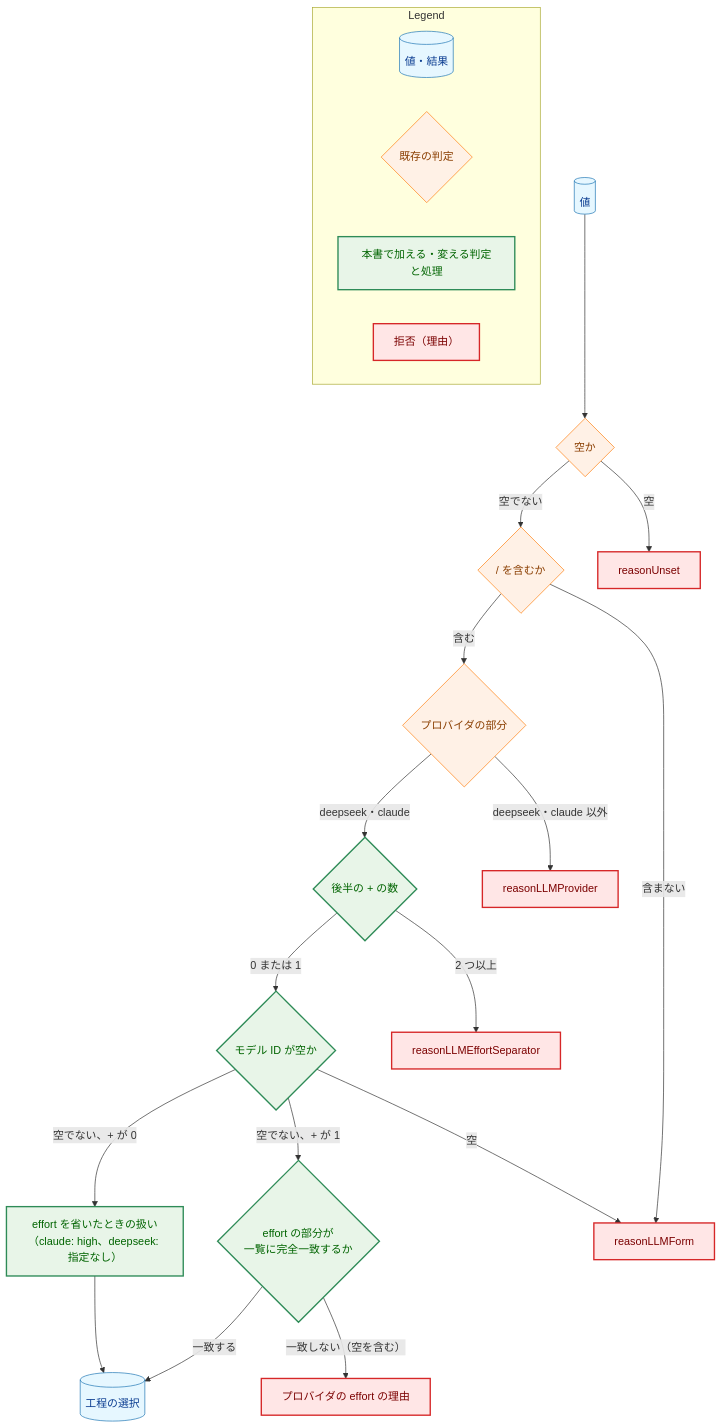
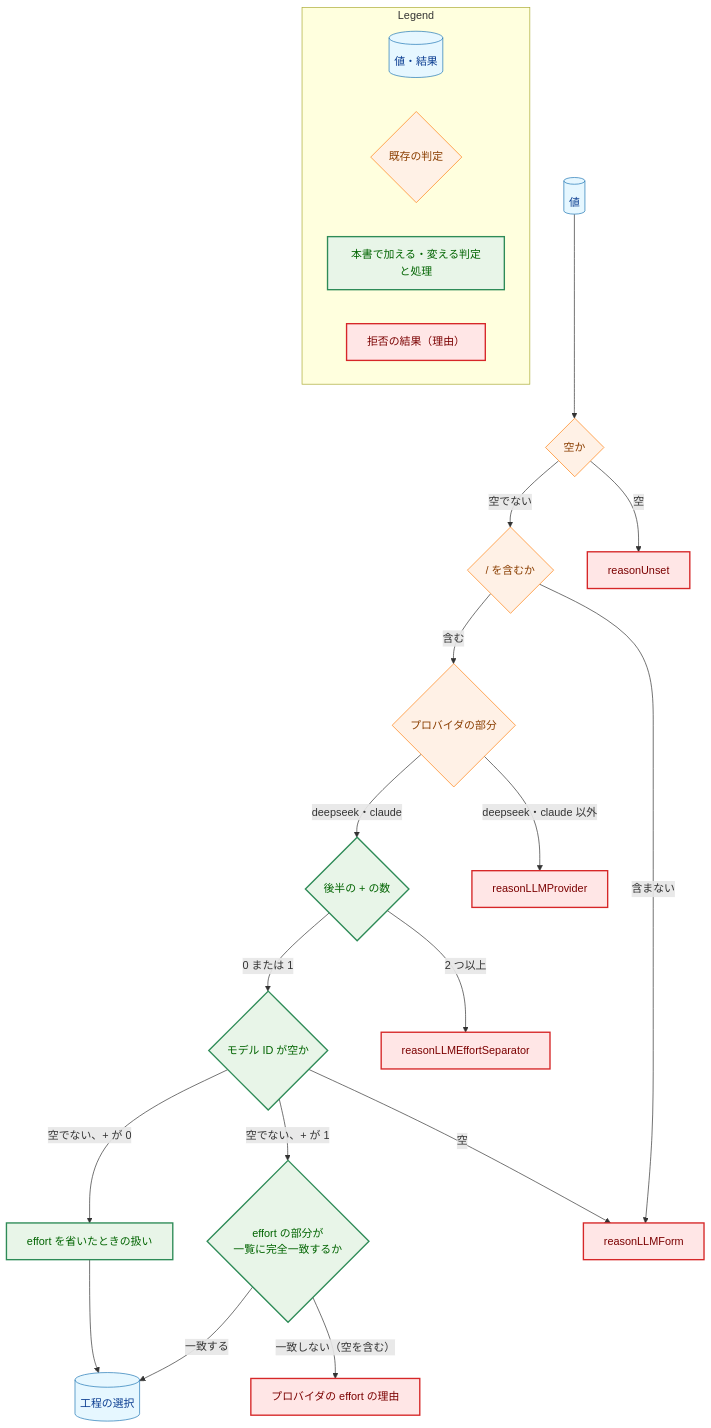
The fifth of 5 diagrams in docs/tasks/0051_llm_effort/02_architecture.md (isseis/yt2column), drawn with Mermaid before and after one commit. The commit also changed other lines of this file, not shown here.

First line of the commit message:
docs(0051): apply the architecture and prose review fixes

````diff
--- a/docs/tasks/0051_llm_effort/02_architecture.md
+++ b/docs/tasks/0051_llm_effort/02_architecture.md
@@ -545,54 +574,54 @@
 ```mermaid
 flowchart TD
     classDef data fill:#e6f7ff,stroke:#1f77b4,stroke-width:1px,color:#0b3d91;
     classDef process fill:#fff1e6,stroke:#ff7f0e,stroke-width:1px,color:#8a3e00;
     classDef enhanced fill:#e8f5e8,stroke:#2e8b57,stroke-width:2px,color:#006400;
     classDef problem fill:#ffe6e6,stroke:#d62728,stroke-width:2px,color:#7b0000;
 
     IN[("値")]
     EMPTY{"空か"}
     SLASH{"/ を含むか"}
     PROVIDER{"プロバイダの部分"}
     PLUS{"後半の + の数"}
     MODEL{"モデル ID が空か"}
     EFFORT{"effort の部分が<br>一覧に完全一致するか"}
-    DEFAULT["effort を省いたときの扱い<br>（claude: high、deepseek: 指定なし）"]
+    OMIT["effort を省いたときの扱い"]
     OK[("工程の選択")]
     E1["reasonUnset"]
     E2["reasonLLMForm"]
     E3["reasonLLMProvider"]
     E4["reasonLLMEffortSeparator"]
     E6["プロバイダの effort の理由"]
 
     IN --> EMPTY
     EMPTY -->|"空"| E1
     EMPTY -->|"空でない"| SLASH
     SLASH -->|"含まない"| E2
     SLASH -->|"含む"| PROVIDER
     PROVIDER -->|"deepseek・claude 以外"| E3
     PROVIDER -->|"deepseek・claude"| PLUS
     PLUS -->|"2 つ以上"| E4
     PLUS -->|"0 または 1"| MODEL
     MODEL -->|"空"| E2
-    MODEL -->|"空でない、+ が 0"| DEFAULT
+    MODEL -->|"空でない、+ が 0"| OMIT
     MODEL -->|"空でない、+ が 1"| EFFORT
     EFFORT -->|"一致しない（空を含む）"| E6
     EFFORT -->|"一致する"| OK
-    DEFAULT --> OK
+    OMIT --> OK
 
     class IN,OK data
     class EMPTY,SLASH,PROVIDER process
-    class PLUS,MODEL,EFFORT,DEFAULT enhanced
+    class PLUS,MODEL,EFFORT,OMIT enhanced
     class E1,E2,E3,E4,E6 problem
 
     subgraph Legend["Legend"]
         L1[("値・結果")]
         L2{"既存の判定"}
         L3["本書で加える・変える判定と処理"]
-        L4["拒否（理由）"]
+        L4["拒否の結果（理由）"]
     end
     class L1 data
     class L2 process
     class L3 enhanced
     class L4 problem
 ```
````
